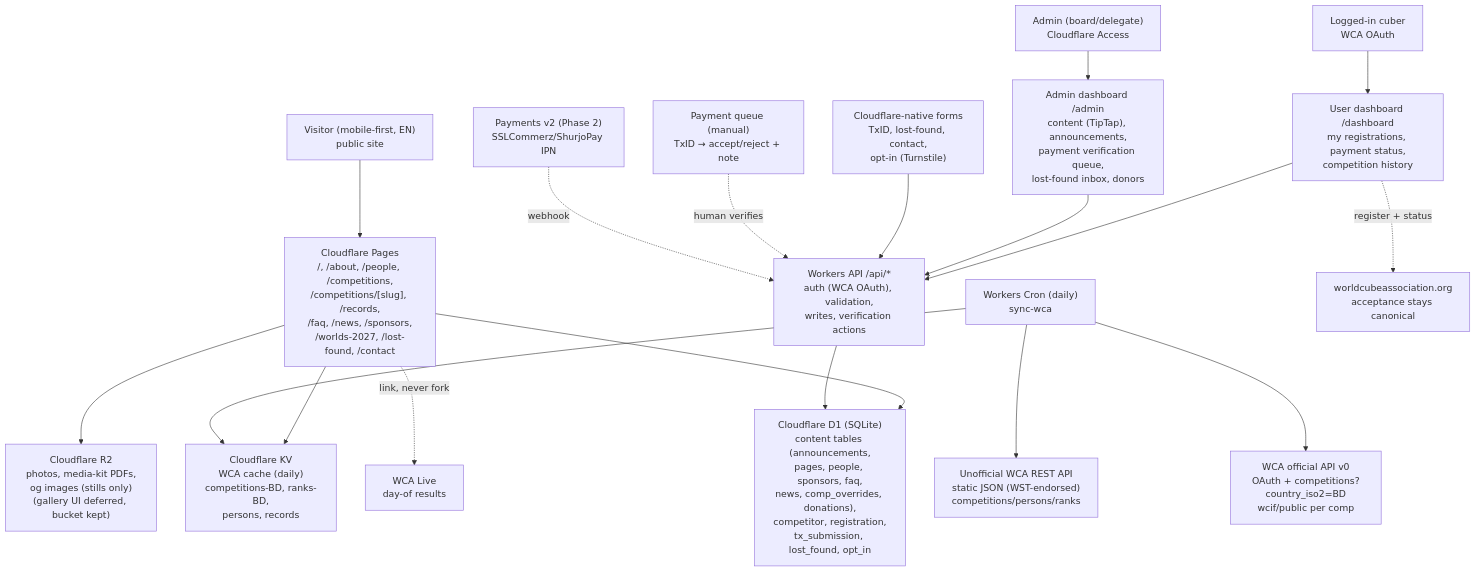
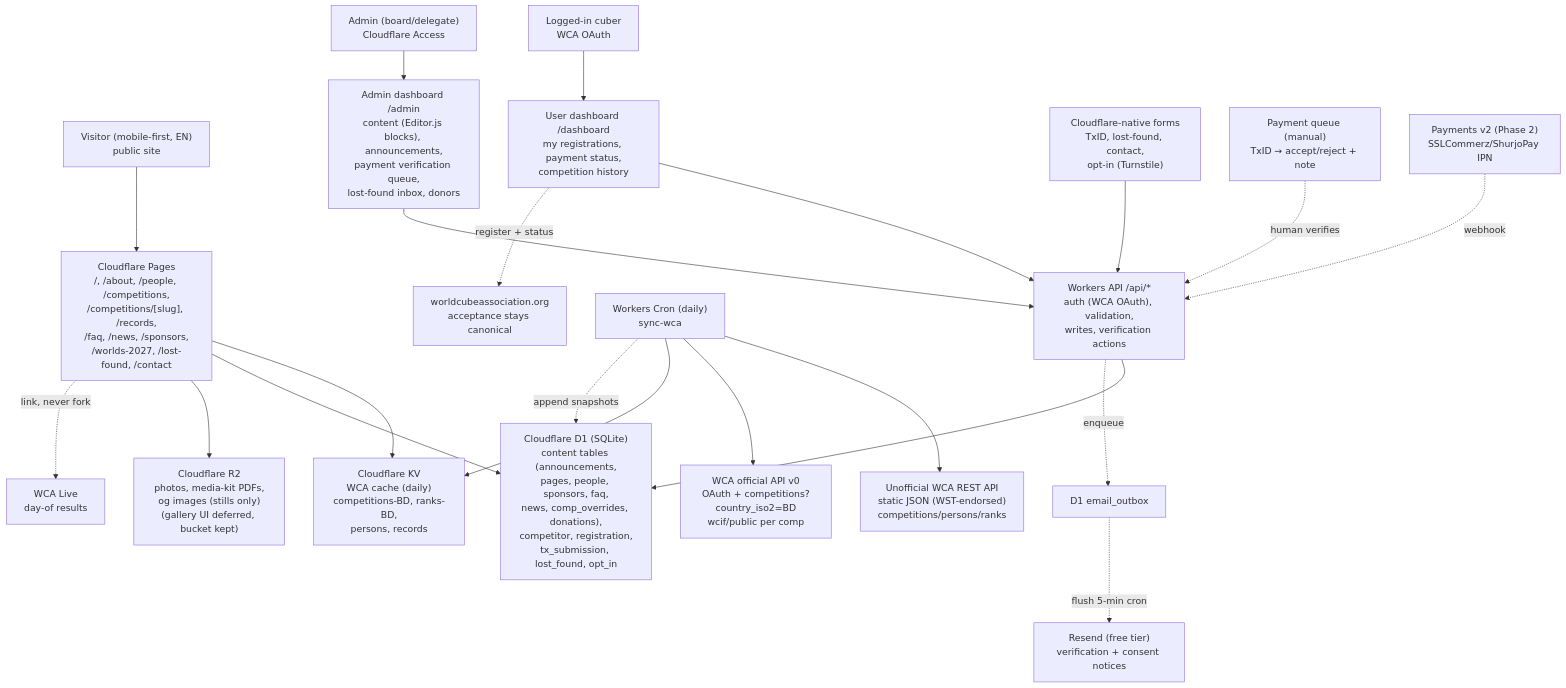
One commit to farhanulju/Speedcubing-Bangladesh changed the diagram in docs/architecture/ARCHITECTURE.md. Above: the diagram before and after it, drawn with Mermaid. The commit also changed other lines of this file and 13 other files, not shown here.

Commit message:
Record design review round 2 and issue executable build plan (WP-00..WP-53); add Resend email, snapshots, acceptance split, audit log; decide Astro

````diff
--- a/docs/architecture/ARCHITECTURE.md
+++ b/docs/architecture/ARCHITECTURE.md
@@ -16,23 +16,26 @@
 ```mermaid
 flowchart TB
   Visitor["Visitor (mobile-first, EN)<br/>public site"] --> Pages["Cloudflare Pages<br/>/, /about, /people, /competitions,<br/>/competitions/[slug], /records,<br/>/faq, /news, /sponsors,<br/>/worlds-2027, /lost-found, /contact"]
   User["Logged-in cuber<br/>WCA OAuth"] --> Dash["User dashboard /dashboard<br/>my registrations, payment status,<br/>competition history"]
-  Admin["Admin (board/delegate)<br/>Cloudflare Access"] --> AdminUI["Admin dashboard /admin<br/>content (TipTap), announcements,<br/>payment verification queue,<br/>lost-found inbox, donors"]
+  Admin["Admin (board/delegate)<br/>Cloudflare Access"] --> AdminUI["Admin dashboard /admin<br/>content (Editor.js blocks), announcements,<br/>payment verification queue,<br/>lost-found inbox, donors"]
 
   Pages --> KV["Cloudflare KV<br/>WCA cache (daily)<br/>competitions-BD, ranks-BD,<br/>persons, records"]
   Pages --> D1["Cloudflare D1 (SQLite)<br/>content tables (announcements,<br/>pages, people, sponsors, faq,<br/>news, comp_overrides, donations),<br/>competitor, registration,<br/>tx_submission, lost_found, opt_in"]
   Pages --> R2["Cloudflare R2<br/>photos, media-kit PDFs,<br/>og images (stills only)<br/>(gallery UI deferred, bucket kept)"]
   Dash --> API["Workers API /api/*<br/>auth (WCA OAuth), validation,<br/>writes, verification actions"]
   AdminUI --> API
   Forms["Cloudflare-native forms<br/>TxID, lost-found, contact,<br/>opt-in (Turnstile)"] --> API
   API --> D1
 
   Cron["Workers Cron (daily)<br/>sync-wca"] --> WCAu["Unofficial WCA REST API<br/>static JSON (WST-endorsed)<br/>competitions/persons/ranks"]
   Cron --> WCAo["WCA official API v0<br/>OAuth + competitions?country_iso2=BD<br/>wcif/public per comp"]
   Cron --> KV
+  Cron -. append snapshots .-> D1
+  API -. enqueue .-> OUT["D1 email_outbox"]
+  OUT -. flush 5-min cron .-> RES["Resend (free tier)<br/>verification + consent notices"]
 
   Pages -. link, never fork .-> WCALive["WCA Live<br/>day-of results"]
   Dash -. register + status .-> WCA["worldcubeassociation.org<br/>acceptance stays canonical"]
   PayQ["Payment queue (manual)<br/>TxID → accept/reject + note"] -. human verifies .-> API
   Pay2["Payments v2 (Phase 2)<br/>SSLCommerz/ShurjoPay IPN"] -. webhook .-> API
 ```
````
